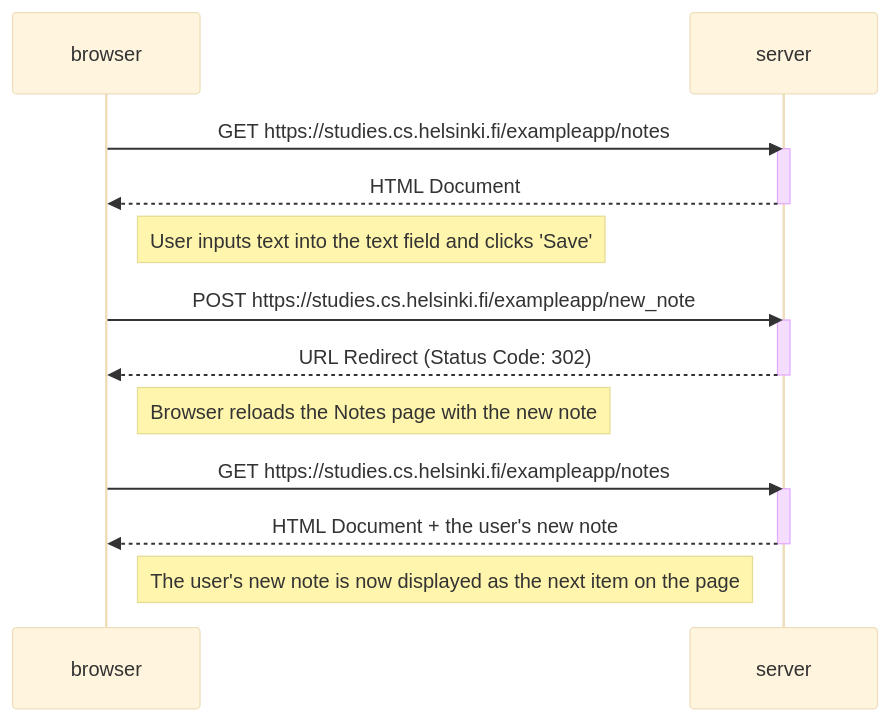
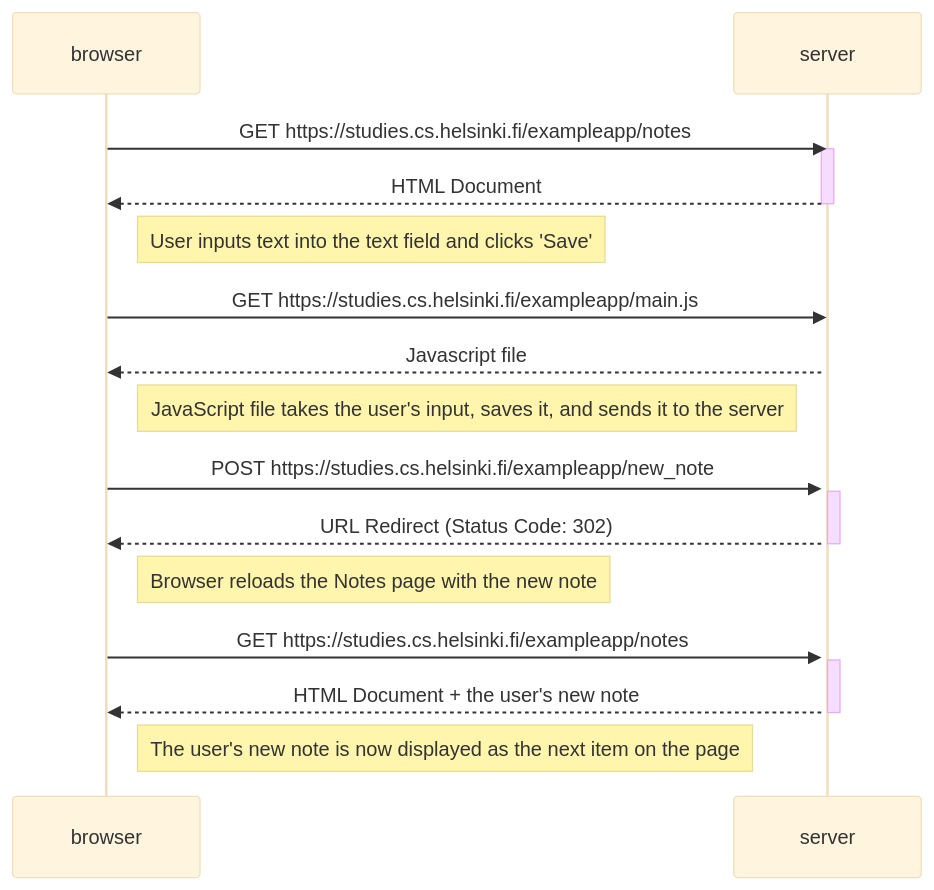
One commit to emeraldteve/FullStack changed the diagram in part0/exercise0.4.md. Above: the diagram before and after it, drawn with Mermaid (base theme).

Commit message:
updated exercise 0.4 to include javascript step

````diff
--- a/part0/exercise0.4.md
+++ b/part0/exercise0.4.md
@@ -2,23 +2,28 @@
 ```mermaid
 sequenceDiagram
     participant browser
     participant server
 
     browser->>server: GET https://studies.cs.helsinki.fi/exampleapp/notes
     activate server
     server-->>browser: HTML Document
     deactivate server
     Note right of browser: User inputs text into the text field and clicks 'Save'
+
+    browser->>server: GET https://studies.cs.helsinki.fi/exampleapp/main.js
+    activate server
+    server-->>browser: Javascript file
+    Note right of browser: JavaScript file takes the user's input, saves it, and sends it to the server
 
     browser->>server: POST https://studies.cs.helsinki.fi/exampleapp/new_note
     activate server
     server-->>browser: URL Redirect (Status Code: 302)
     deactivate server
     Note right of browser: Browser reloads the Notes page with the new note
 
     browser->>server: GET https://studies.cs.helsinki.fi/exampleapp/notes
     activate server
     server-->>browser: HTML Document + the user's new note
     deactivate server
     Note right of browser: The user's new note is now displayed as the next item on the page
 ```
````
